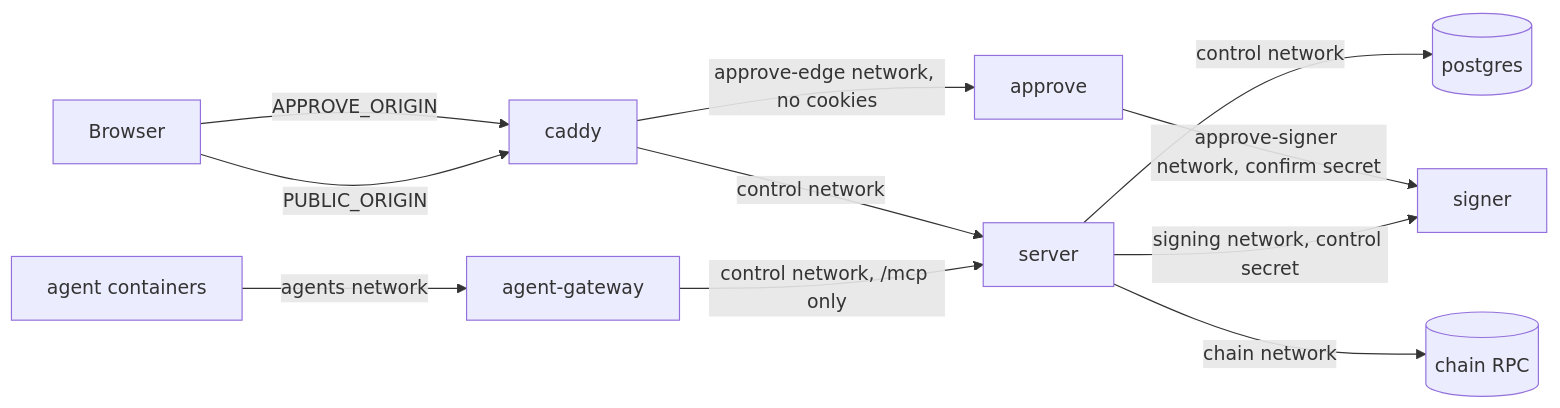
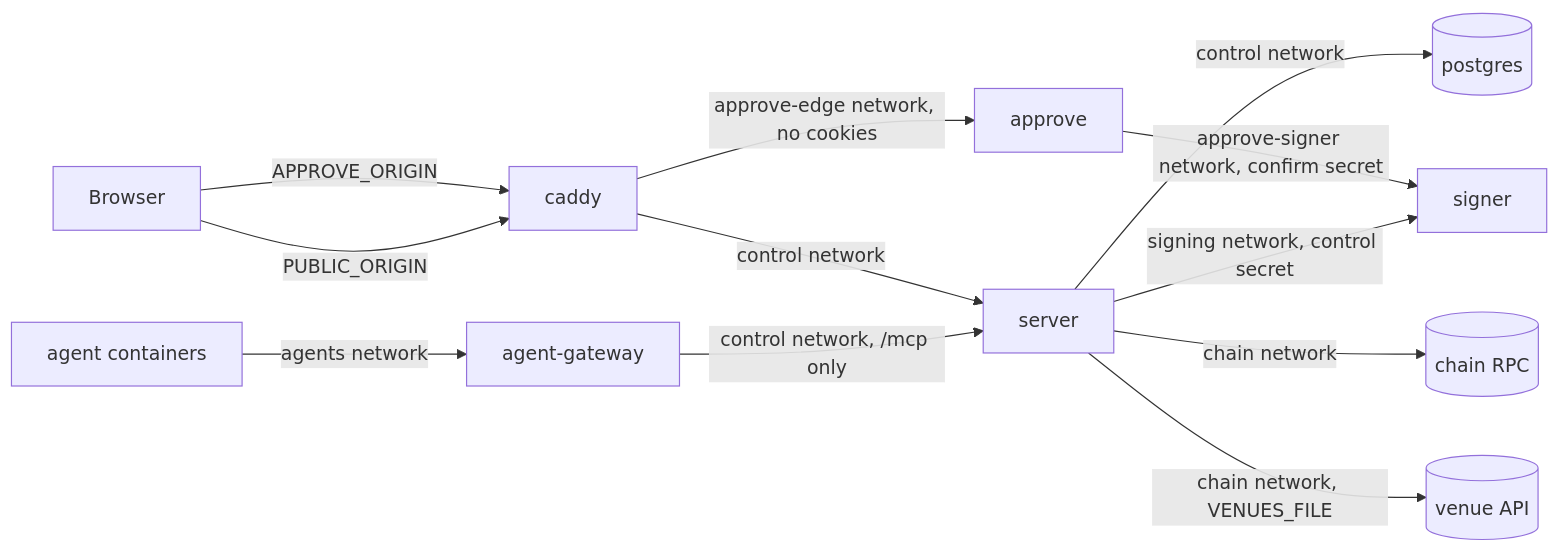
The diagram in deploy/README.md (askgina/os), drawn with Mermaid before and after one commit. The commit also changed other lines of this file and 3 other files, not shown here.

Commit message:
docs: venue orders in the threat model, architecture, deploy guide and README; the agent has eight tools

````diff
--- a/deploy/README.md
+++ b/deploy/README.md
@@ -87,13 +87,14 @@
 ```mermaid
 flowchart LR
   B[Browser] -->|PUBLIC_ORIGIN| C[caddy]
   B -->|APPROVE_ORIGIN| C
   Ag[agent containers] -->|agents network| AG[agent-gateway]
   AG -->|control network, /mcp only| S[server]
   C -->|control network| S
   C -->|approve-edge network, no cookies| A[approve]
   S -->|signing network, control secret| G[signer]
   A -->|approve-signer network, confirm secret| G
   S -->|control network| P[(postgres)]
   S -->|chain network| R[(chain RPC)]
+  S -->|chain network, VENUES_FILE| H[(venue API)]
 ```
````
